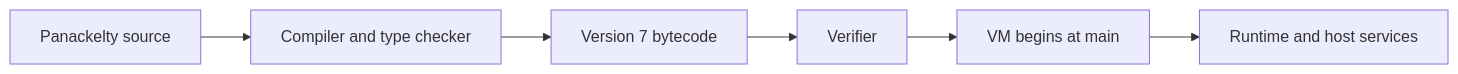
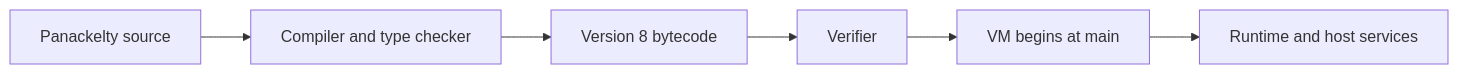
One commit to sproates/panackelty changed the diagram in docs/VM_GUIDE.md. Above: the diagram before and after it, drawn with Mermaid. The commit also changed other lines of this file and 60 other files, not shown here.

````diff
--- a/docs/VM_GUIDE.md
+++ b/docs/VM_GUIDE.md
@@ -19,8 +19,8 @@
 ```mermaid
 flowchart LR
     S[Panackelty source] --> C[Compiler and type checker]
-    C --> B[Version 7 bytecode]
+    C --> B[Version 8 bytecode]
     B --> V[Verifier]
     V --> M[VM begins at main]
     M --> H[Runtime and host services]
 ```
````
